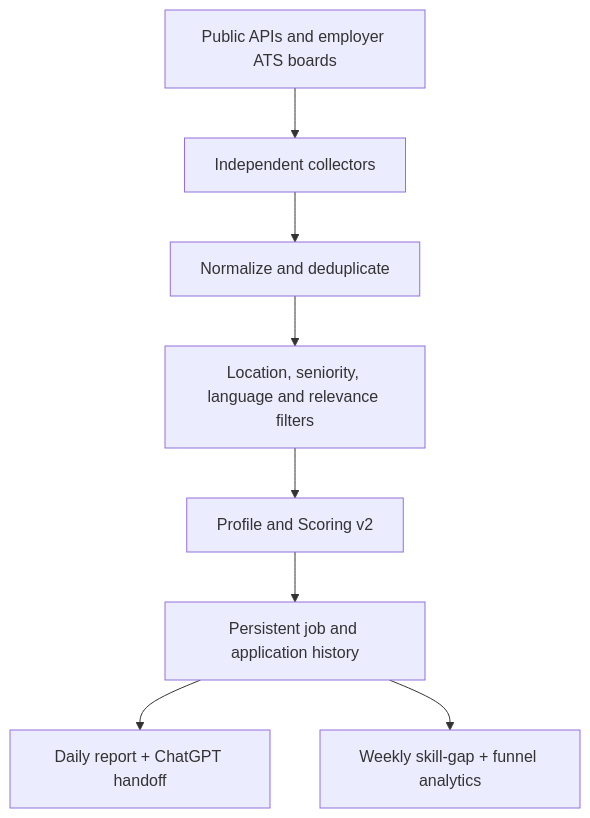
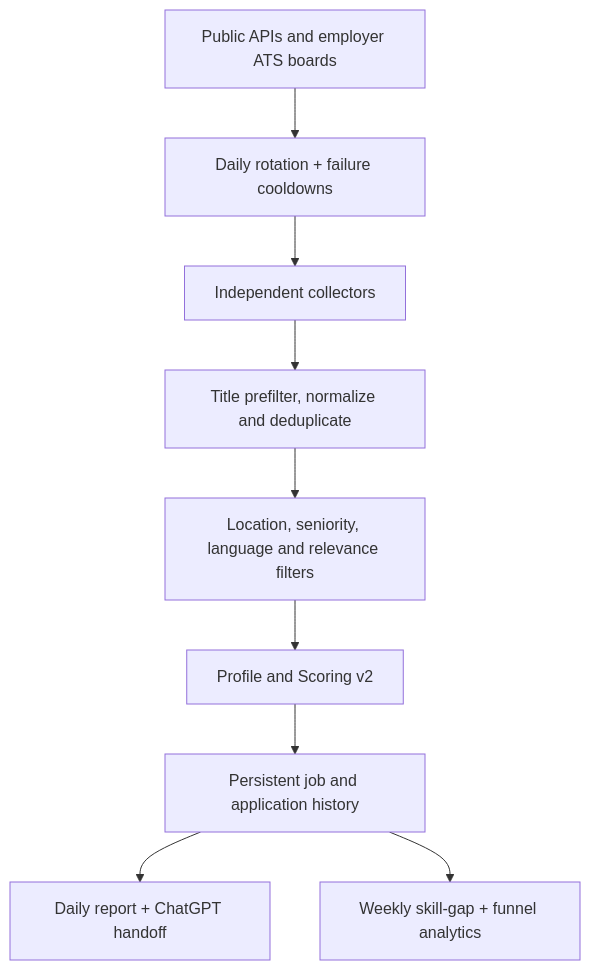
One commit to bsdevda/cyber-job-radar changed the diagram in README.md. Above: the diagram before and after it, drawn with Mermaid. The commit also changed other lines of this file and 25 other files, not shown here.

````diff
--- a/README.md
+++ b/README.md
@@ -38,10 +51,11 @@
 ```mermaid
 flowchart TD
-    A["Public APIs and employer ATS boards"] --> B["Independent collectors"]
-    B --> C["Normalize and deduplicate"]
+    A["Public APIs and employer ATS boards"] --> B["Daily rotation + failure cooldowns"]
+    B --> C0["Independent collectors"]
+    C0 --> C["Title prefilter, normalize and deduplicate"]
     C --> D["Location, seniority, language and relevance filters"]
     D --> E["Profile and Scoring v2"]
     E --> F["Persistent job and application history"]
     F --> G["Daily report + ChatGPT handoff"]
     F --> H["Weekly skill-gap + funnel analytics"]
 ```
````
